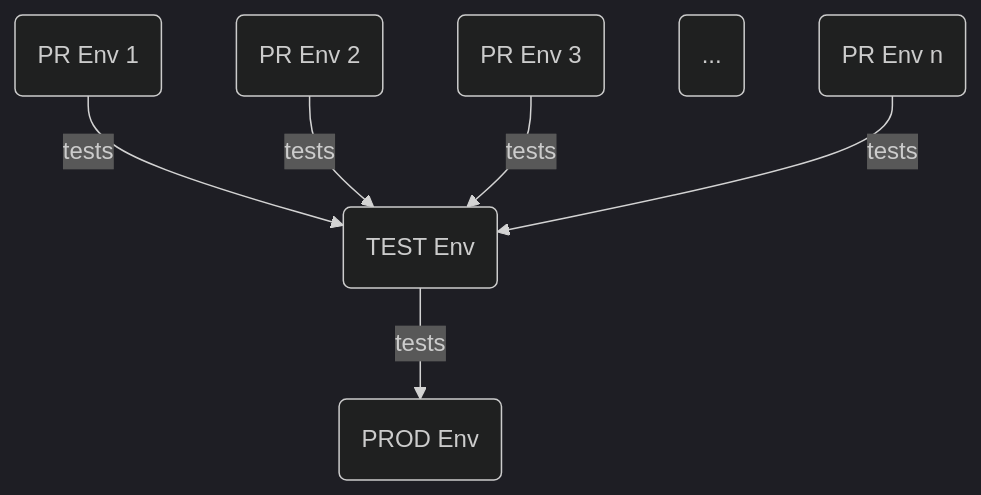
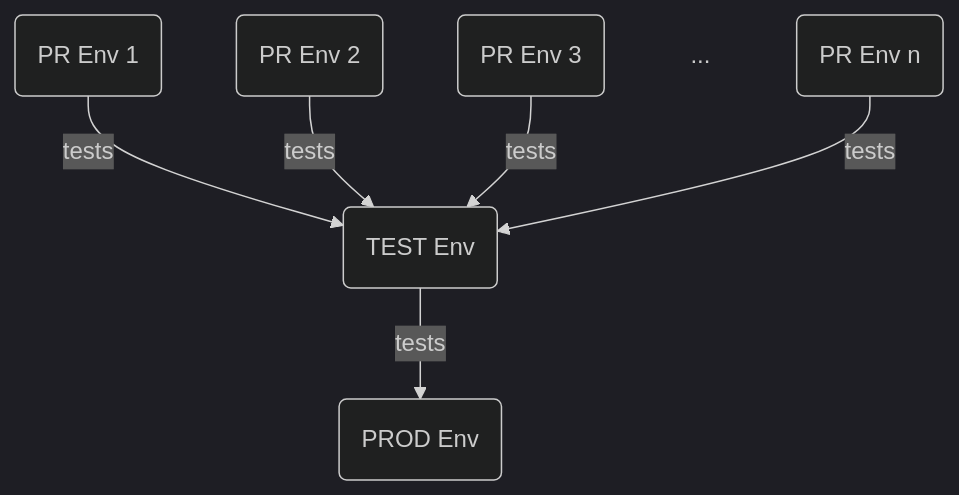
Before and after one commit to bcgov/quickstart-openshift: the first of 2 diagrams in README.md, drawn with Mermaid (dark theme).

Commit message:
Make simple diagram fancier

````diff
--- a/README.md
+++ b/README.md
@@ -260,9 +260,9 @@
 ```mermaid
 flowchart TD
     A1(PR Env 1) -->|tests| B
     A2(PR Env 2) -->|tests| B
     A3(PR Env 3) -->|tests| B
-    Ad(...)
+    Ad@{ shape: text, label: "..." }
     An(PR Env n) -->|tests| B
     B(TEST Env) -->|tests| C(PROD Env)
 ```
````
